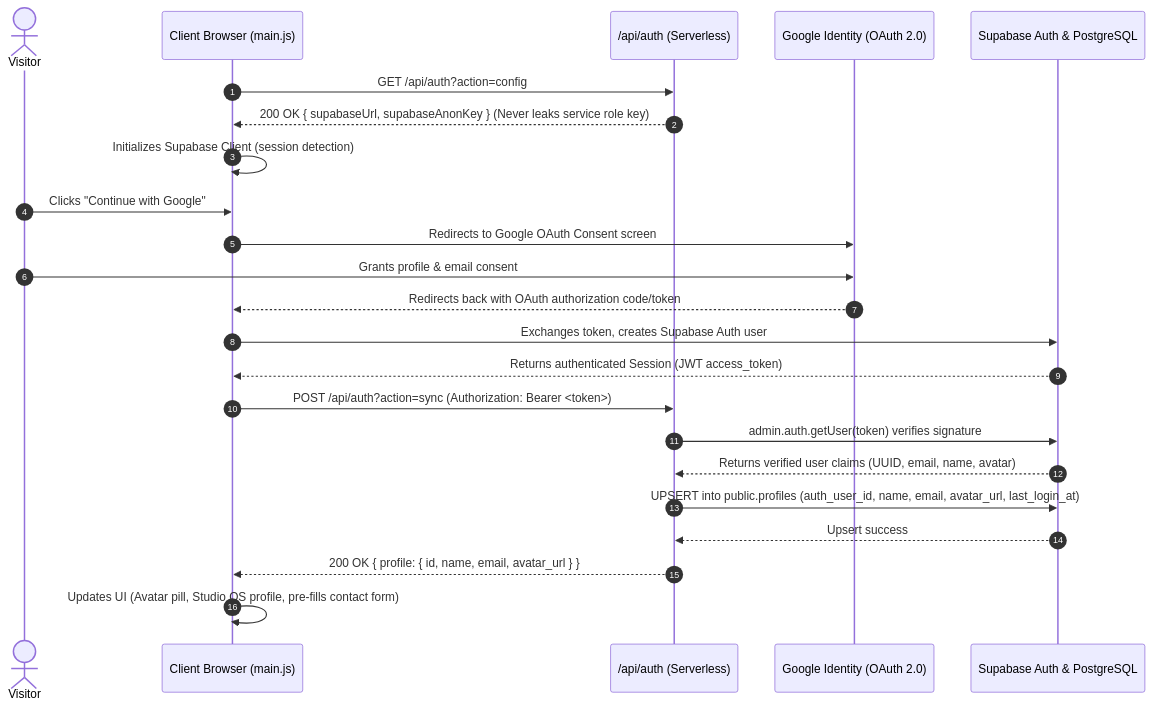
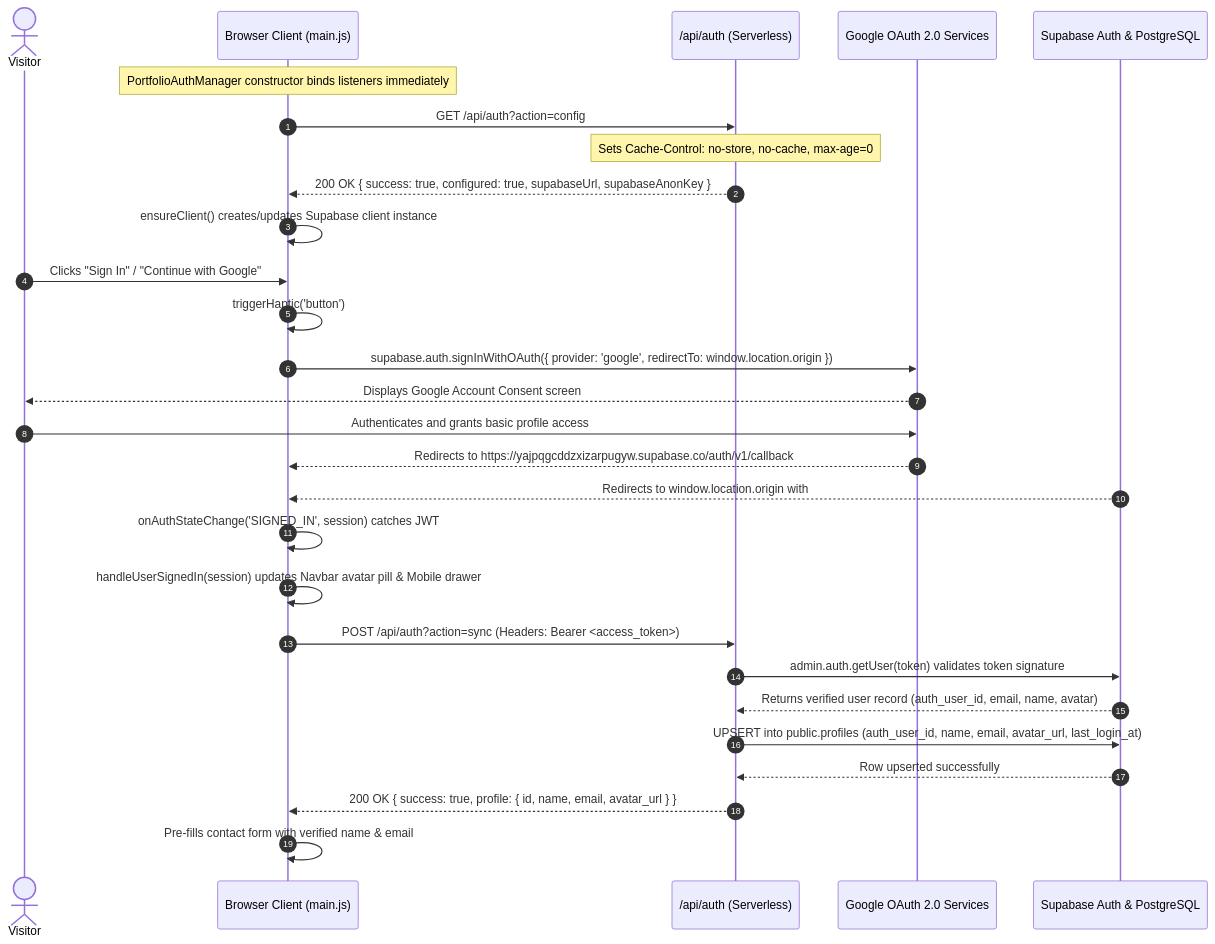
The fourth of 13 diagrams in FLOWCHARTS.md (ShivamGrover-05/3D-Portfolio), drawn with Mermaid before and after one commit. The commit also changed other lines of this file, not shown here.

Commit message:
docs: comprehensive update to system flowcharts, function reference, and API architecture

````diff
--- a/FLOWCHARTS.md
+++ b/FLOWCHARTS.md
@@ -116,31 +213,35 @@
 ```mermaid
 sequenceDiagram
     autonumber
-    actor User as Visitor
-    participant Browser as Client Browser (main.js)
+    actor Visitor as Visitor
+    participant Browser as Browser Client (main.js)
     participant AuthAPI as /api/auth (Serverless)
-    participant Google as Google Identity (OAuth 2.0)
+    participant Google as Google OAuth 2.0 Services
     participant Supabase as Supabase Auth & PostgreSQL
 
+    Note over Browser: PortfolioAuthManager constructor binds listeners immediately
     Browser->>AuthAPI: GET /api/auth?action=config
-    AuthAPI-->>Browser: 200 OK { supabaseUrl, supabaseAnonKey } (Never leaks service role key)
-    Browser->>Browser: Initializes Supabase Client (session detection)
+    Note over AuthAPI: Sets Cache-Control: no-store, no-cache, max-age=0
+    AuthAPI-->>Browser: 200 OK { success: true, configured: true, supabaseUrl, supabaseAnonKey }
+    Browser->>Browser: ensureClient() creates/updates Supabase client instance
 
-    User->>Browser: Clicks "Continue with Google"
-    Browser->>Google: Redirects to Google OAuth Consent screen
-    User->>Google: Grants profile & email consent
-    Google-->>Browser: Redirects back with OAuth authorization code/token
+    Visitor->>Browser: Clicks "Sign In" / "Continue with Google"
+    Browser->>Browser: triggerHaptic('button')
+    Browser->>Google: supabase.auth.signInWithOAuth({ provider: 'google', redirectTo: window.location.origin })
+    Google-->>Visitor: Displays Google Account Consent screen
+    Visitor->>Google: Authenticates and grants basic profile access
+    Google-->>Browser: Redirects to https://yajpqgcddzxizarpugyw.supabase.co/auth/v1/callback
+    Supabase-->>Browser: Redirects to window.location.origin with #access_token=...
 
-    Browser->>Supabase: Exchanges token, creates Supabase Auth user
-    Supabase-->>Browser: Returns authenticated Session (JWT access_token)
+    Browser->>Browser: onAuthStateChange('SIGNED_IN', session) catches JWT
+    Browser->>Browser: handleUserSignedIn(session) updates Navbar avatar pill & Mobile drawer
 
-    Browser->>AuthAPI: POST /api/auth?action=sync (Authorization: Bearer <token>)
-    AuthAPI->>Supabase: admin.auth.getUser(token) verifies signature
-    Supabase-->>AuthAPI: Returns verified user claims (UUID, email, name, avatar)
+    Browser->>AuthAPI: POST /api/auth?action=sync (Headers: Bearer <access_token>)
+    AuthAPI->>Supabase: admin.auth.getUser(token) validates token signature
+    Supabase-->>AuthAPI: Returns verified user record (auth_user_id, email, name, avatar)
 
     AuthAPI->>Supabase: UPSERT into public.profiles (auth_user_id, name, email, avatar_url, last_login_at)
-    Supabase-->>AuthAPI: Upsert success
-    AuthAPI-->>Browser: 200 OK { profile: { id, name, email, avatar_url } }
-
-    Browser->>Browser: Updates UI (Avatar pill, Studio OS profile, pre-fills contact form)
+    Supabase-->>AuthAPI: Row upserted successfully
+    AuthAPI-->>Browser: 200 OK { success: true, profile: { id, name, email, avatar_url } }
+    Browser->>Browser: Pre-fills contact form with verified name & email
 ```
````
